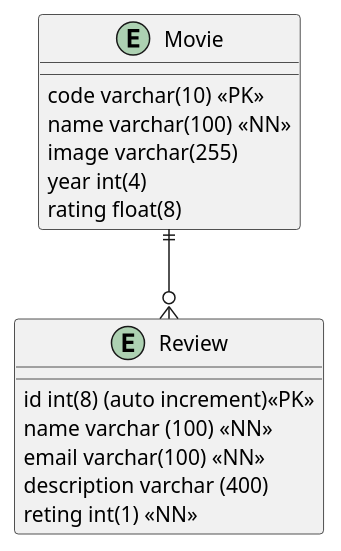
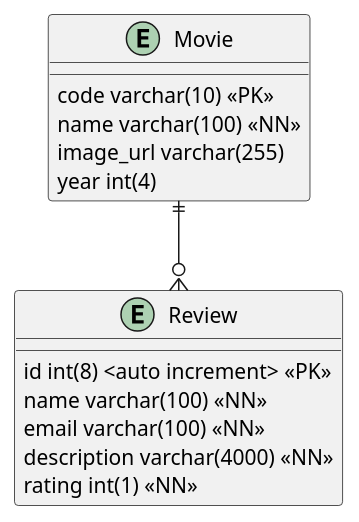
One commit to NickArregoces/movie-flask changed the diagram in doc/modelo_datos.puml. Above: the diagram before and after it, drawn with PlantUML. The commit also changed 12 other files, not shown here.

```diff
--- a/doc/modelo_datos.puml
+++ b/doc/modelo_datos.puml
@@ -1,19 +1,20 @@
 @startuml "Modelo Entidad Relacion"
 
 Entity Movie {
-    code varchar(10) <<PK>>
-    name varchar(100) <<NN>>
-    image varchar(255) 
-    year int(4) 
-    rating float(8)
-}
-Entity Review {
-    id int(8) (auto increment)<<PK>>
-    name varchar (100) <<NN>>
-    email varchar(100) <<NN>>
-    description varchar (400)
-    reting int(1) <<NN>>
+  code varchar(10) <<PK>>
+  name varchar(100) <<NN>>
+  image_url varchar(255)
+  year int(4)
 }
 
-Movie ||--o{Review
+Entity Review {
+  id int(8) <auto increment> <<PK>>
+  name varchar(100) <<NN>>
+  email varchar(100) <<NN>>
+  description varchar(4000) <<NN>>
+  rating int(1) <<NN>>
+}
+
+Movie ||--o{ Review
+
 @enduml
```
